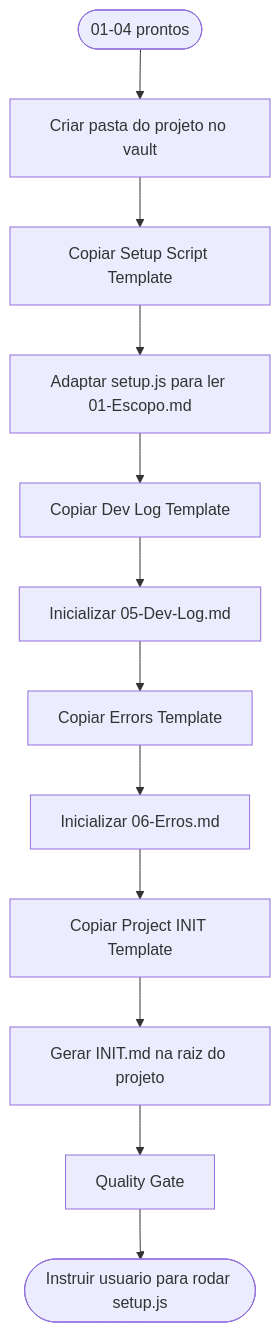
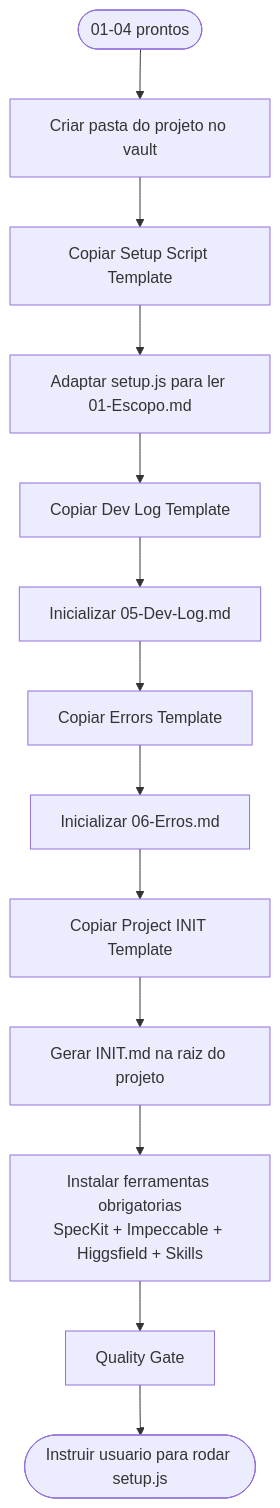
One commit to JoseLuizMendes/Dev changed the diagram in Dev/0 - Planner Project/Protocol-Bootstrap.md. Above: the diagram before and after it, drawn with Mermaid. The commit also changed other lines of this file and 16 other files, not shown here.

````diff
--- a/Dev/0 - Planner Project/Protocol-Bootstrap.md
+++ b/Dev/0 - Planner Project/Protocol-Bootstrap.md
@@ -24,14 +24,15 @@
 ```mermaid
 flowchart TD
     A([01-04 prontos]) --> B[Criar pasta do projeto no vault]
     B --> C[Copiar Setup Script Template]
     C --> D[Adaptar setup.js para ler 01-Escopo.md]
     D --> E[Copiar Dev Log Template]
     E --> F[Inicializar 05-Dev-Log.md]
     F --> G[Copiar Errors Template]
     G --> H[Inicializar 06-Erros.md]
     H --> I[Copiar Project INIT Template]
     I --> J[Gerar INIT.md na raiz do projeto]
-    J --> K[Quality Gate]
+    J --> J2[Instalar ferramentas obrigatorias<br/>SpecKit + Impeccable + Higgsfield + Skills]
+    J2 --> K[Quality Gate]
     K --> L([Instruir usuario para rodar setup.js])
 ```
````
